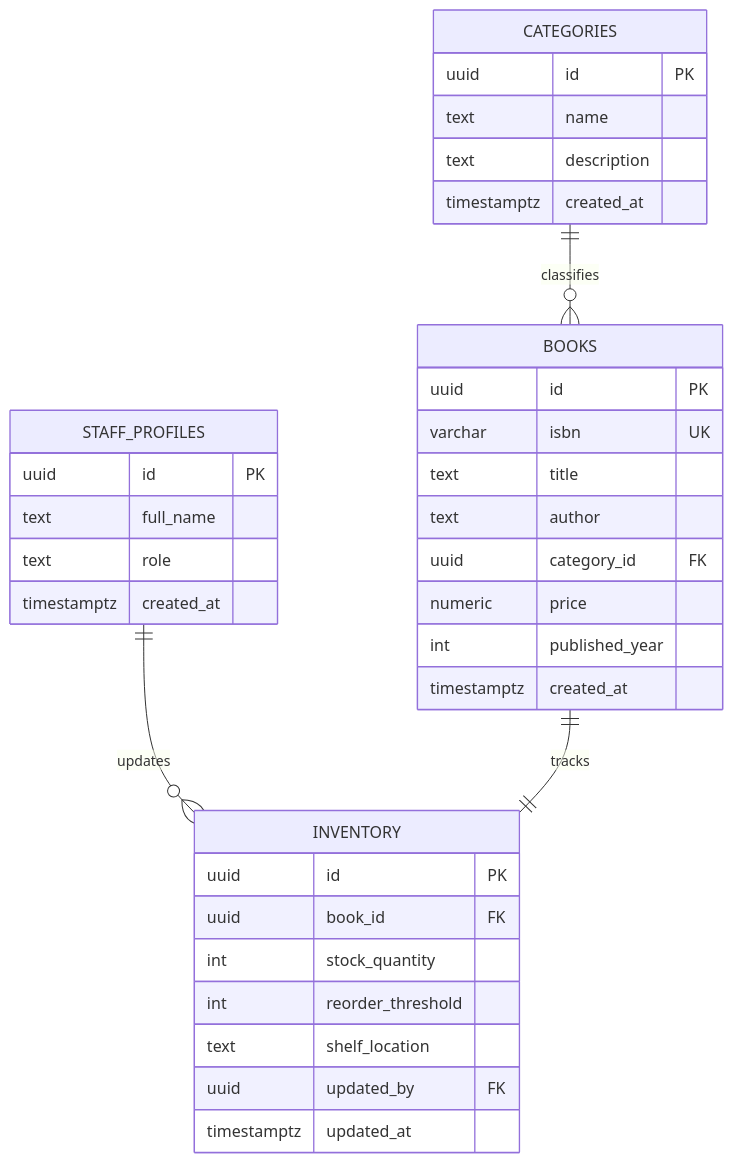
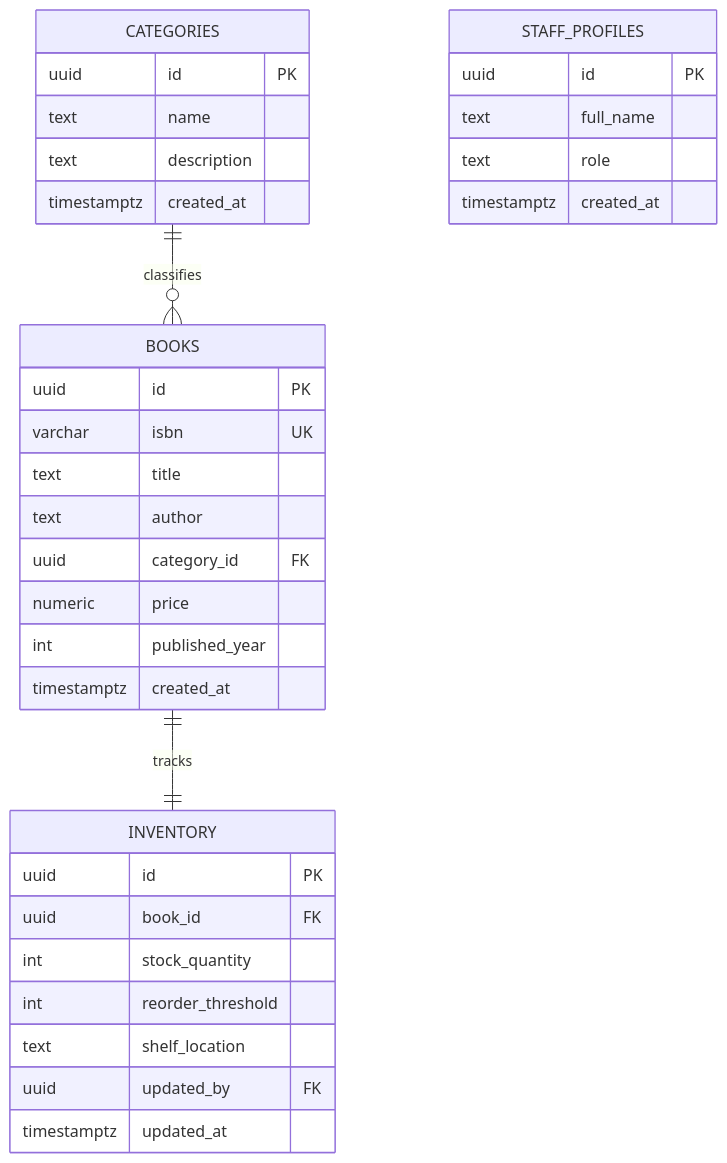
One commit to AbdullahZafar9/paper-trail-books-inventory changed the diagram in README.md. Above: the diagram before and after it, drawn with Mermaid. The commit also changed other lines of this file, not shown here.

````diff
--- a/README.md
+++ b/README.md
@@ -9,38 +9,37 @@
 ```mermaid
 erDiagram
-    STAFF_PROFILES ||--o{ INVENTORY : updates
     CATEGORIES ||--o{ BOOKS : classifies
     BOOKS ||--|| INVENTORY : tracks
 
     STAFF_PROFILES {
         uuid id PK
         text full_name
         text role
         timestamptz created_at
     }
     CATEGORIES {
         uuid id PK
         text name
         text description
         timestamptz created_at
     }
     BOOKS {
         uuid id PK
         varchar isbn UK
         text title
         text author
         uuid category_id FK
         numeric price
         int published_year
         timestamptz created_at
     }
     INVENTORY {
         uuid id PK
         uuid book_id FK
         int stock_quantity
         int reorder_threshold
         text shelf_location
         uuid updated_by FK
         timestamptz updated_at
     }
 ```
````
